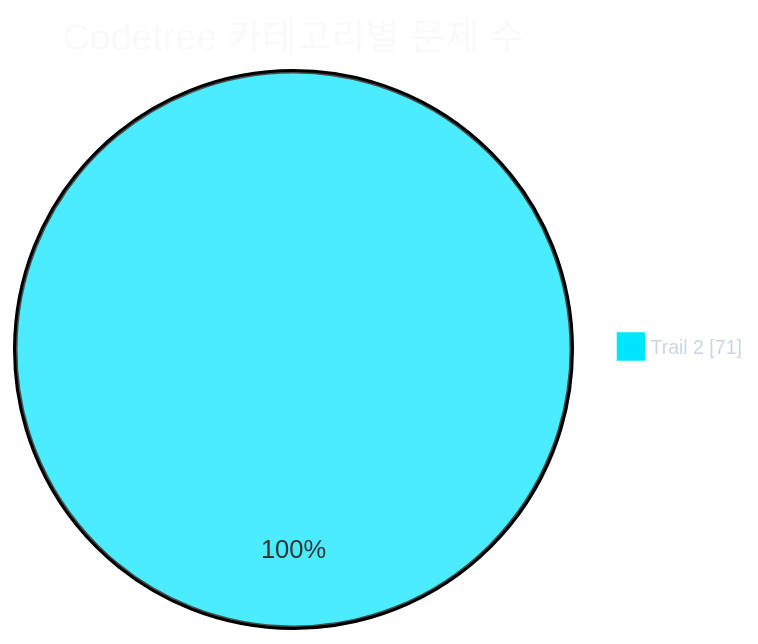
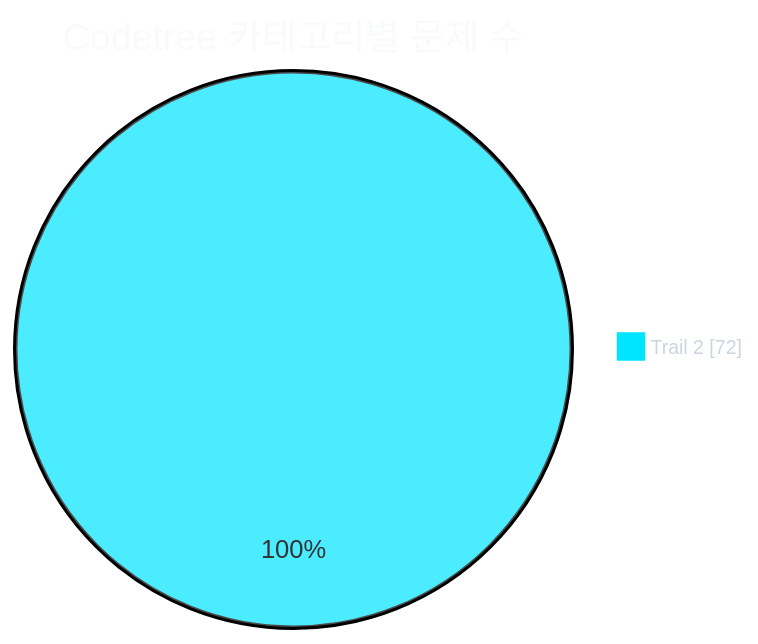
One commit to CHOOSLA/Algorithm changed the first of 2 diagrams in readme.md. Above: the diagram before and after it, drawn with Mermaid. The commit also changed other lines of this file and 2 other files, not shown here.

````diff
--- a/readme.md
+++ b/readme.md
@@ -31,21 +31,21 @@
 ```mermaid
 ---
 config:
   theme: base
   themeVariables:
     background: '#0d1117'
     pieTitleTextColor: '#f8fafc'
     pieLegendTextColor: '#cbd5e1'
     pieLegendTextSize: '13px'
     pie1: '#00e5ff'
     pie2: '#22c55e'
     pie3: '#f59e0b'
     pie4: '#a855f7'
     pie5: '#ec4899'
     pie6: '#3b82f6'
     pie7: '#64748b'
 ---
 pie showData
   title Codetree 카테고리별 문제 수
-  "Trail 2" : 71
+  "Trail 2" : 72
 ```
````
